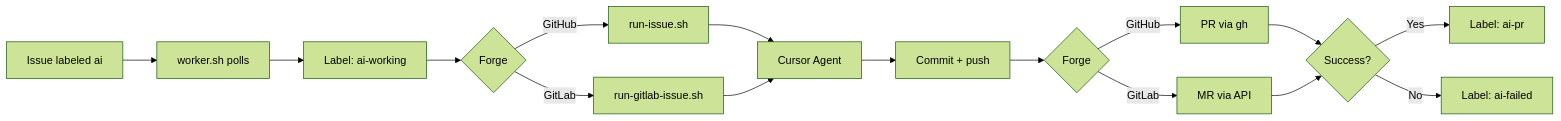
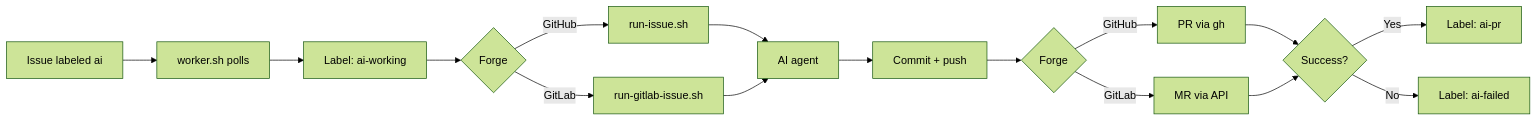
Before and after one commit to sami1367/ai-worker: the diagram in README.md, drawn with Mermaid (forest theme). The commit also changed other lines of this file and 1 other file, not shown here.

First line of the commit message:
Document AI provider switching and setup for Cursor and Claude Code.

````diff
--- a/README.md
+++ b/README.md
@@ -408,18 +655,18 @@
 ```mermaid
 flowchart LR
   A[Issue labeled ai] --> B[worker.sh polls]
   B --> C[Label: ai-working]
   C --> D{Forge}
   D -->|GitHub| E[run-issue.sh]
   D -->|GitLab| F[run-gitlab-issue.sh]
-  E --> G[Cursor Agent]
+  E --> G[AI agent]
   F --> G
   G --> H[Commit + push]
   H --> I{Forge}
   I -->|GitHub| J[PR via gh]
   I -->|GitLab| K[MR via API]
   J --> L{Success?}
   K --> L
   L -->|Yes| M[Label: ai-pr]
   L -->|No| N[Label: ai-failed]
 ```
````
